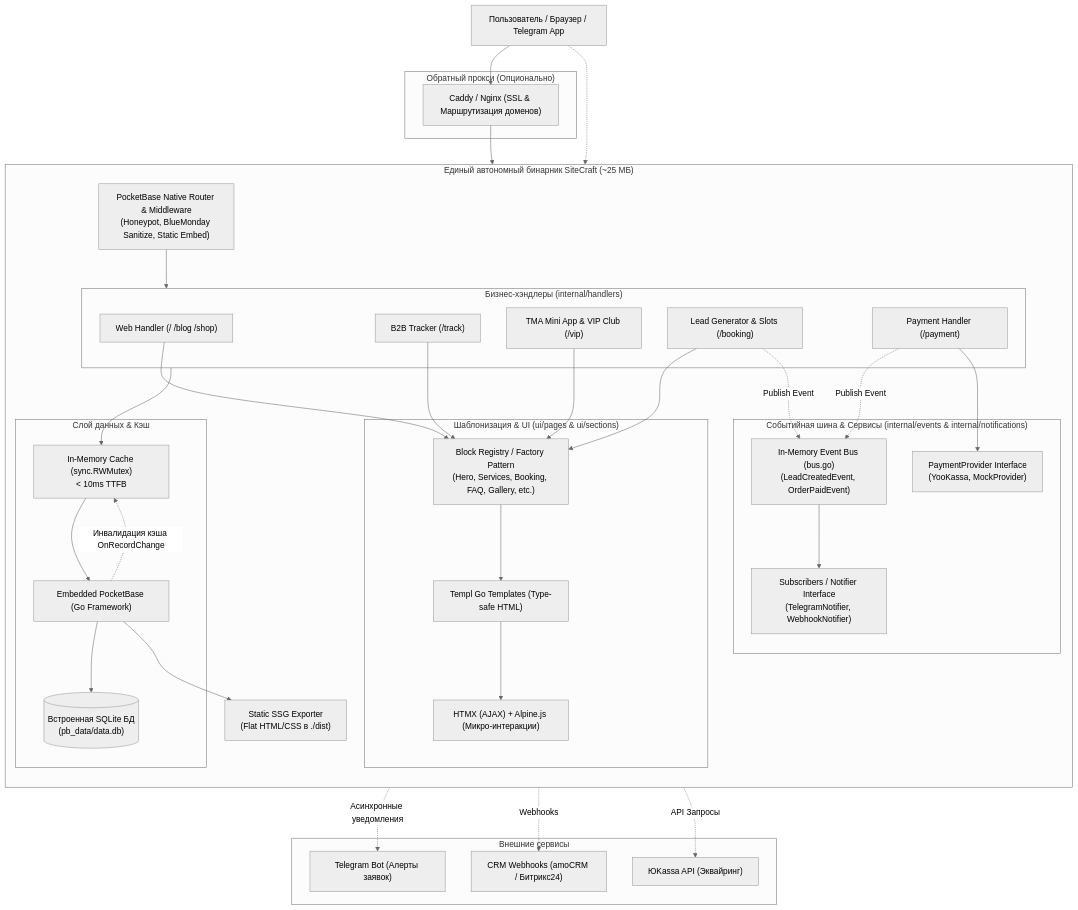
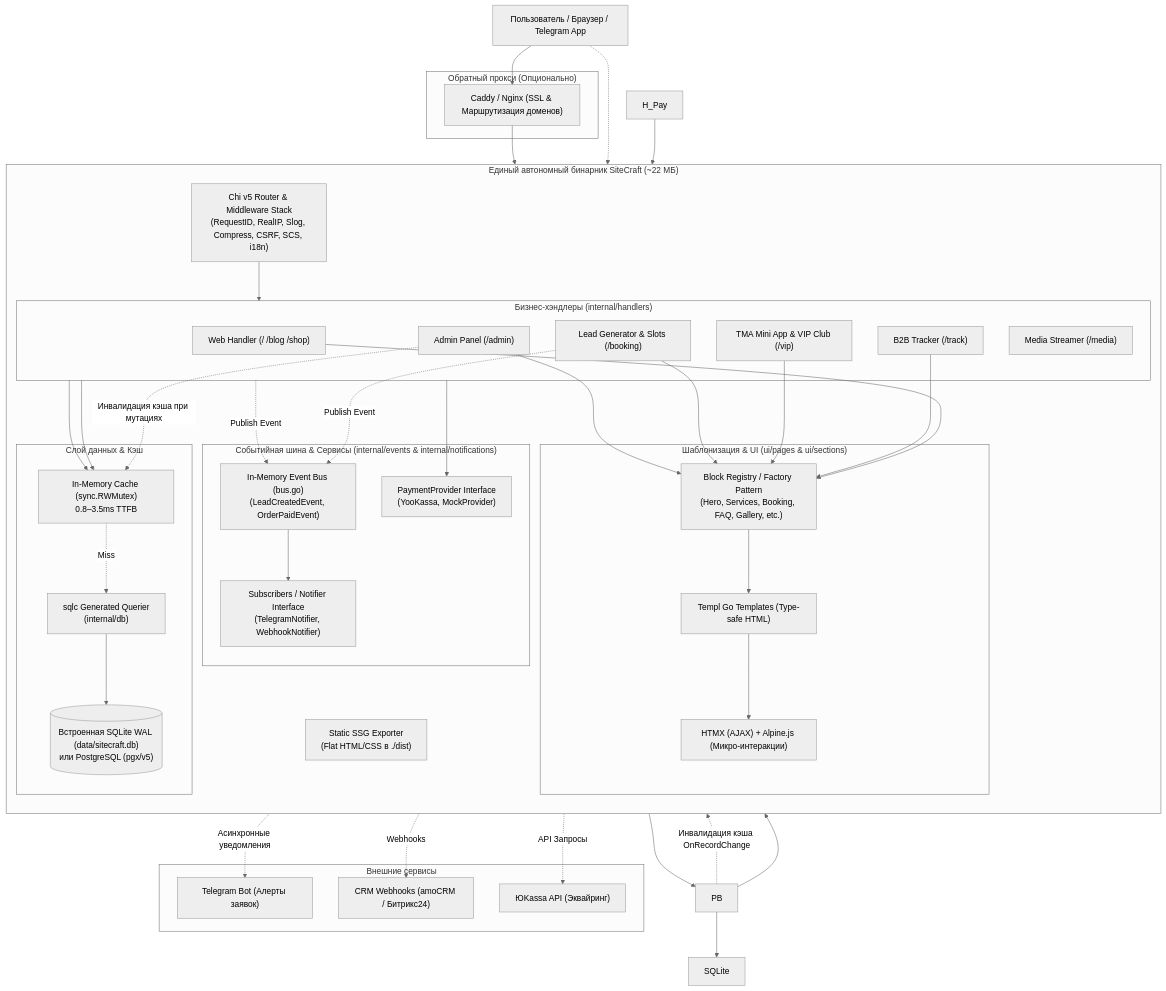
One commit to Zer02L/SiteCraft changed the first of 2 diagrams in README.md. Above: the diagram before and after it, drawn with Mermaid (neutral theme). The commit also changed other lines of this file and 140 other files, not shown here.

First line of the commit message:
refactor(core): migrate from PocketBase to Chi, SQLite, and sqlc

````diff
--- a/README.md
+++ b/README.md
@@ -55,73 +56,79 @@
 ```mermaid
 flowchart TD
     Client["Пользователь / Браузер / Telegram App"]
     
     subgraph ReverseProxy["Обратный прокси (Опционально)"]
         Caddy["Caddy / Nginx (SSL & Маршрутизация доменов)"]
     end
 
-    subgraph Binary["Единый автономный бинарник SiteCraft (~25 МБ)"]
+    subgraph Binary["Единый автономный бинарник SiteCraft (~22 МБ)"]
         direction TB
         
-        Router["PocketBase Native Router & Middleware\n(Honeypot, BlueMonday Sanitize, Static Embed)"]
+        Router["Chi v5 Router & Middleware Stack\n(RequestID, RealIP, Slog, Compress, CSRF, SCS, i18n)"]
         
         subgraph BusinessHandlers["Бизнес-хэндлеры (internal/handlers)"]
             H_Web["Web Handler (/ /blog /shop)"]
             H_Track["B2B Tracker (/track)"]
             H_TMA["TMA Mini App & VIP Club (/vip)"]
             H_Lead["Lead Generator & Slots (/booking)"]
-            H_Pay["Payment Handler (/payment)"]
+            H_Admin["Admin Panel (/admin)"]
+            H_Media["Media Streamer (/media)"]
         end
         
         subgraph EventBusLayer["Событийная шина & Сервисы (internal/events & internal/notifications)"]
             EBus["In-Memory Event Bus (bus.go)\n(LeadCreatedEvent, OrderPaidEvent)"]
             Subscribers["Subscribers / Notifier Interface\n(TelegramNotifier, WebhookNotifier)"]
             PayGateway["PaymentProvider Interface\n(YooKassa, MockProvider)"]
         end
 
         subgraph RenderingLayer["Шаблонизация & UI (ui/pages & ui/sections)"]
             Registry["Block Registry / Factory Pattern\n(Hero, Services, Booking, FAQ, Gallery, etc.)"]
             Templ["Templ Go Templates (Type-safe HTML)"]
             ClientLibs["HTMX (AJAX) + Alpine.js (Микро-интеракции)"]
         end
 
         subgraph CoreData["Слой данных & Кэш"]
-            Cache["In-Memory Cache (sync.RWMutex)\n< 10ms TTFB"]
-            PB["Embedded PocketBase (Go Framework)"]
-            SQLite[("Встроенная SQLite БД\n(pb_data/data.db)")]
+            Cache["In-Memory Cache (sync.RWMutex)\n0.8–3.5ms TTFB"]
+            SQLC["sqlc Generated Querier\n(internal/db)"]
+            DBConn[("Встроенная SQLite WAL (data/sitecraft.db)\nили PostgreSQL (pgx/v5)")]
         end
 
         SSG["Static SSG Exporter\n(Flat HTML/CSS в ./dist)"]
     end
 
     subgraph ExternalServices["Внешние сервисы"]
         TG["Telegram Bot (Алерты заявок)"]
         CRM["CRM Webhooks (amoCRM / Битрикс24)"]
         Yoo["ЮKassa API (Эквайринг)"]
     end
 
     Client --> Caddy
     Caddy --> Router
     Client -.-> Router
 
     Router --> BusinessHandlers
-    H_Web & H_Track & H_TMA & H_Lead --> Registry
+    H_Web & H_Track & H_TMA & H_Lead & H_Admin --> Registry
     Registry --> Templ
     Templ --> ClientLibs
 
     H_Lead -.->|Publish Event| EBus
-    H_Pay -.->|Publish Event| EBus
+    BusinessHandlers -.->|Publish Event| EBus
     EBus --> Subscribers
+    BusinessHandlers --> PayGateway
+
+    BusinessHandlers --> Cache
+    Cache -.->|Miss| SQLC --> DBConn
+    H_Admin -.->|Инвалидация кэша при мутациях| Cache
     H_Pay --> PayGateway
 
     BusinessHandlers --> Cache
     Cache --> PB
     PB --> SQLite
     PB -.->|Инвалидация кэша OnRecordChange| Cache
 
     Subscribers -.->|Асинхронные уведомления| TG
     Subscribers -.->|Webhooks| CRM
     PayGateway -.->|API Запросы| Yoo
     
     PB --> SSG
 ```
````
